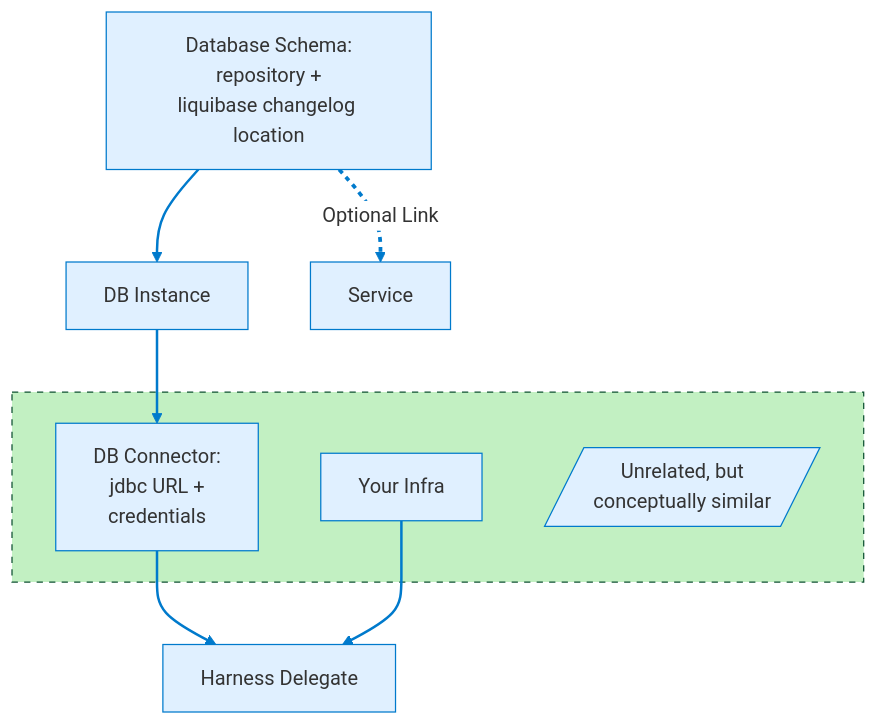
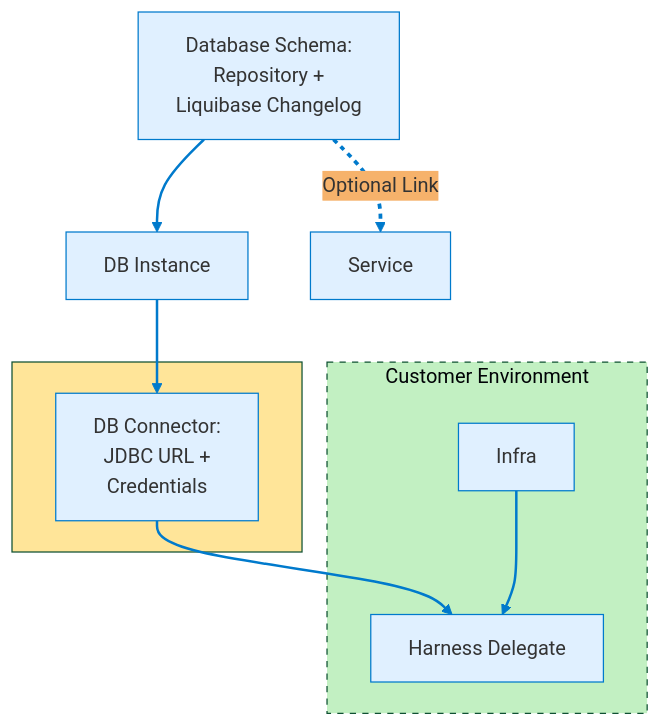
The diagram in docs/database-devops/concepts-and-features/key-concepts.md (harness/developer-hub), drawn with Mermaid before and after one commit.

Commit message:
feat: update diagram

````diff
--- a/docs/database-devops/concepts-and-features/key-concepts.md
+++ b/docs/database-devops/concepts-and-features/key-concepts.md
@@ -18,41 +18,45 @@
 ```mermaid
 %%{ init: {
   "theme": "base",
   "themeVariables": {
     "primaryColor": "#e0f0ff",
     "primaryBorderColor": "#007acc",
     "lineColor": "#007acc",
     "fontSize": "16px",
     "fontFamily": "Arial",
-    "edgeLabelBackground":"#ffffff"
+    "edgeLabelBackground":"#f6b26b"
   }
 } }%%
 flowchart TD
-    A[Database Schema:<br>repository +<br>liquibase changelog location]
+    A[Database Schema:<br>Repository +<br>Liquibase Changelog]
     B[DB Instance]
-    C[DB Connector:<br>jdbc URL +<br>credentials]
+    C[DB Connector:<br>JDBC URL +<br>Credentials]
     D[Harness Delegate]
     E[Service]
-    F[Your Infra]
+    F[Infra]
 
     A --> B
     B --> C
     C --> D
     F --> D
 
     A -. Optional Link .-> E
-    subgraph Conceptual_Box[" "]
+    subgraph Harness_Box[" "]
         C
+    end  
+    subgraph Conceptual_Box["Customer Environment"]
+        D
         F
-        note1[/"Unrelated, but<br>conceptually similar"/]
     end
 
     style Conceptual_Box stroke-dasharray: 5 5
     style Conceptual_Box fill:#c2f0c2,stroke:#0f5132
+    style Harness_Box fill:#ffe599,stroke:#0f5132
+
 
     linkStyle 0 stroke-width:2px
     linkStyle 1 stroke-width:2px
     linkStyle 2 stroke-width:2px
     linkStyle 3 stroke-width:2px
     linkStyle 4 stroke-width:3px,stroke-dasharray: 4 4
 ```
````
